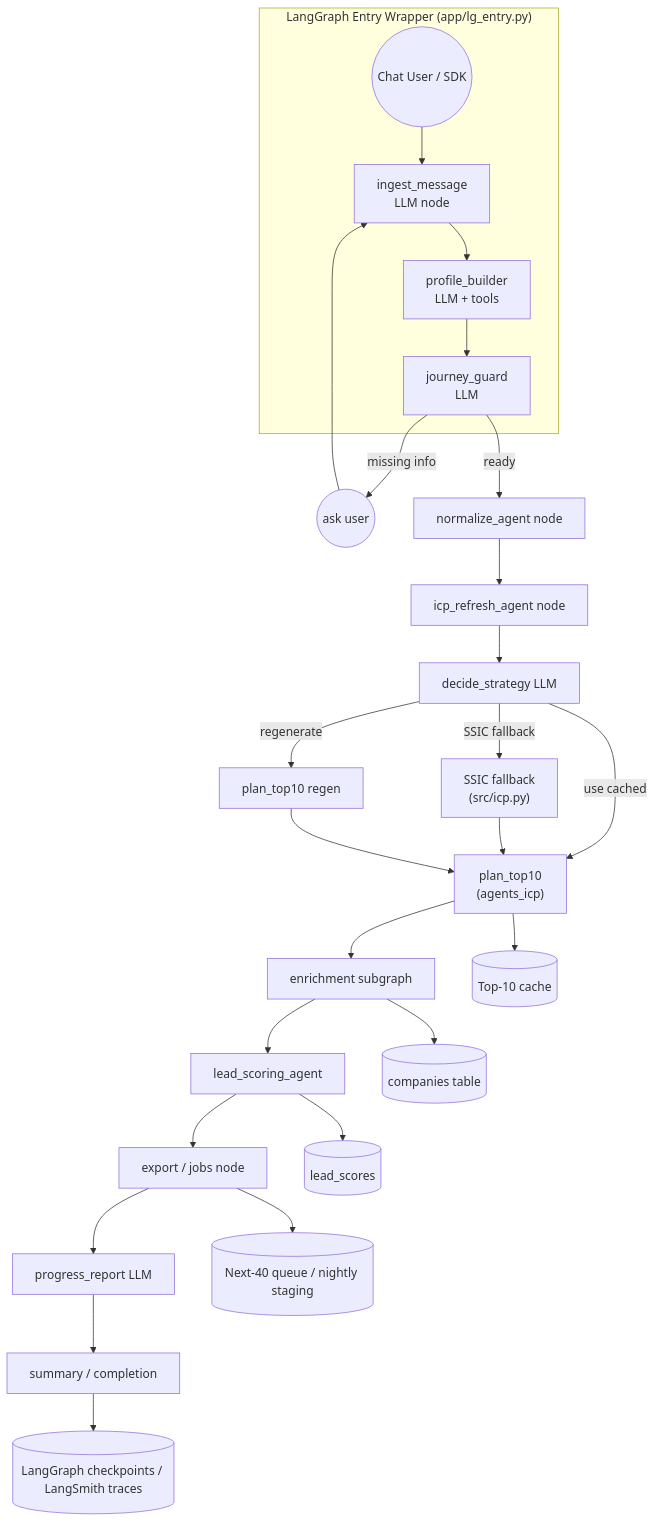
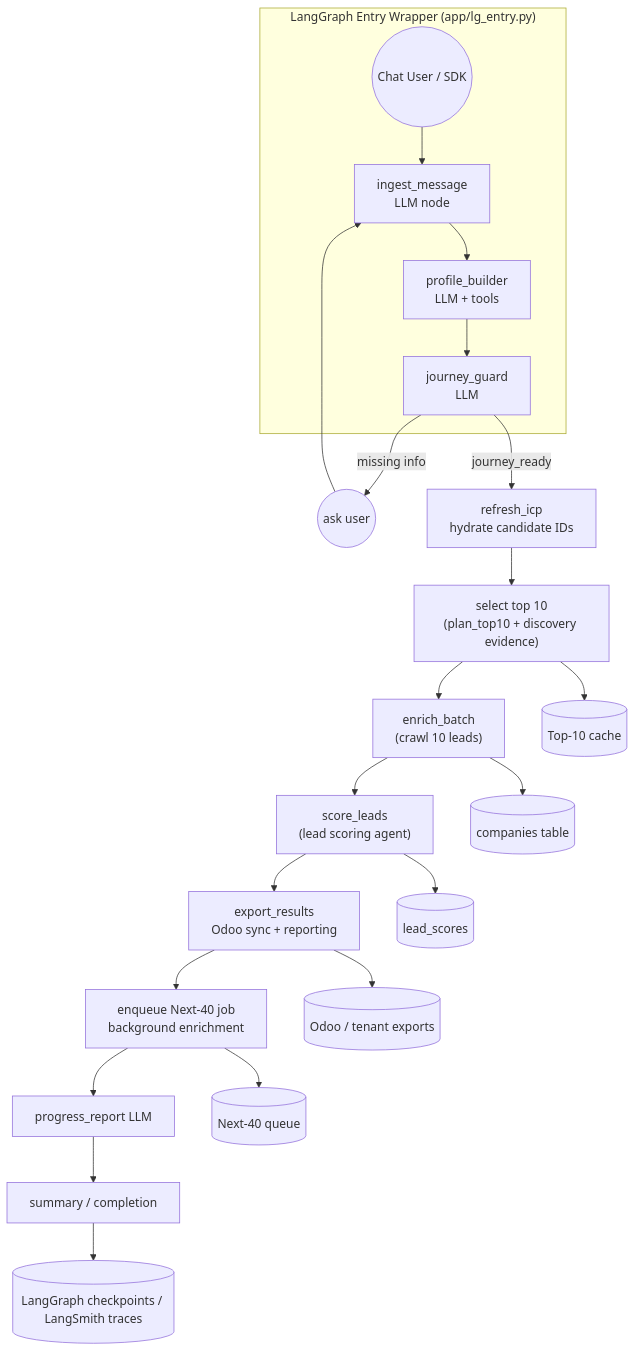
One commit to nexiuslabs/lead_generation-langgraph changed the diagram in Development_Plan/workflow.md. Above: the diagram before and after it, drawn with Mermaid. The commit also changed 3 other files, not shown here.

````diff
--- a/Development_Plan/workflow.md
+++ b/Development_Plan/workflow.md
@@ -16,31 +16,28 @@
 ```mermaid
 flowchart TD
     %% Entry Wrapper
     subgraph Entry["LangGraph Entry Wrapper (app/lg_entry.py)"]
         user((Chat User / SDK)) --> ingest["ingest_message\nLLM node"]
         ingest --> profile["profile_builder\nLLM + tools"]
         profile --> guard["journey_guard\nLLM"]
     end
     guard -->|missing info| ask((ask user)) --> ingest
 
-    %% Backend pipeline
-    guard -->|ready| normalize["normalize_agent node"]
-    normalize --> refresh["icp_refresh_agent node"]
-    refresh --> strategy["decide_strategy LLM"]
-    strategy -->|use cached| plan["plan_top10\n(agents_icp)"]
-    strategy -->|regenerate| planAlt["plan_top10 regen"]
-    strategy -->|SSIC fallback| ssic["SSIC fallback\n(src/icp.py)"] --> plan
-    planAlt --> plan
-    plan --> enrich["enrichment subgraph"]
-    enrich --> score["lead_scoring_agent"]
-    score --> export["export / jobs node"]
-    export --> report["progress_report LLM"]
+    %% Enrichment pipeline once ready
+    guard -->|journey_ready| refresh["refresh_icp\nhydrate candidate IDs"]
+    refresh --> select10["select top 10\n(plan_top10 + discovery evidence)"]
+    select10 --> enrich["enrich_batch\n(crawl 10 leads)"]
+    enrich --> score["score_leads\n(lead scoring agent)"]
+    score --> export["export_results\nOdoo sync + reporting"]
+    export --> bg["enqueue Next-40 job\nbackground enrichment"]
+    bg --> report["progress_report LLM"]
     report --> summary["summary / completion"]
 
     %% Shared outputs
-    plan --> top10[(Top-10 cache)]
-    enrich --> companies[(companies table)]
+    select10 --> shortlist[(Top-10 cache)]
+    enrich --> icpCompanies[(companies table)]
     score --> leadScores[(lead_scores)]
-    export --> jobs[(Next-40 queue / nightly staging)]
+    export --> odoo[(Odoo / tenant exports)]
+    bg --> next40[(Next-40 queue)]
     summary --> checkpoints[(LangGraph checkpoints / LangSmith traces)]
 ```
````
